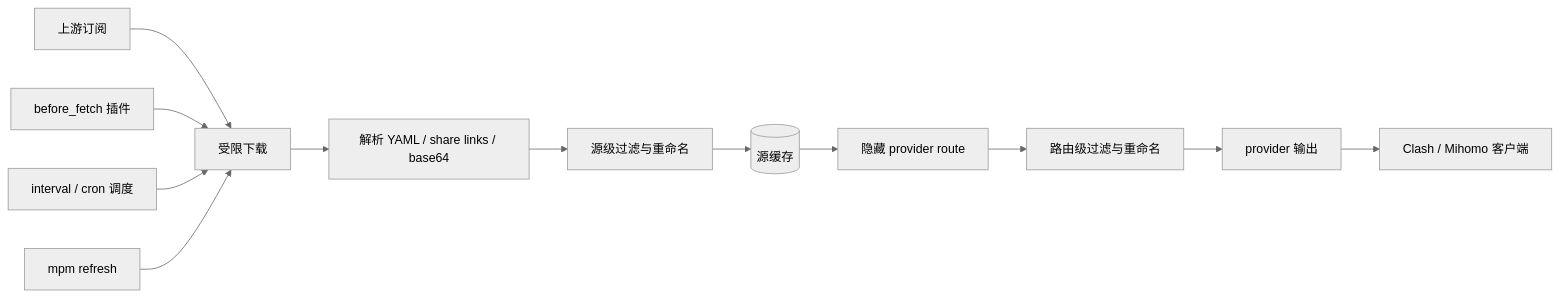
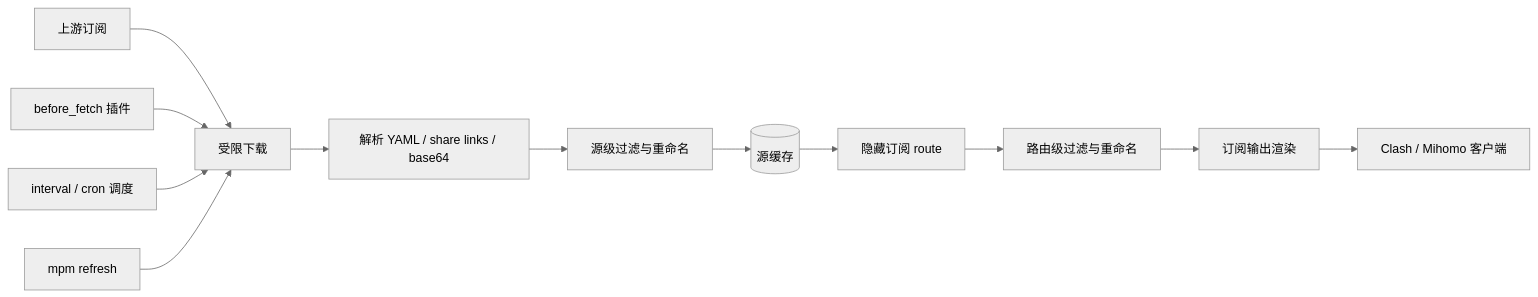
Before and after one commit to nerdneilsfield/mihomo-proxy-manager: the diagram in README.md, drawn with Mermaid (neutral theme). The commit also changed other lines of this file and 1 other file, not shown here.

Commit message:
docs(readme): generalize route output wording

````diff
--- a/README.md
+++ b/README.md
@@ -459,15 +459,15 @@
 ```mermaid
 flowchart LR
   upstream[上游订阅] --> fetcher[受限下载]
   plugin[before_fetch 插件] --> fetcher
   scheduler[interval / cron 调度] --> fetcher
   cli[mpm refresh] --> fetcher
 
   fetcher --> parser[解析 YAML / share links / base64]
   parser --> sourceTransform[源级过滤与重命名]
   sourceTransform --> cache[(源缓存)]
-  cache --> route[隐藏 provider route]
+  cache --> route[隐藏订阅 route]
   route --> routeTransform[路由级过滤与重命名]
-  routeTransform --> renderer[provider 输出]
+  routeTransform --> renderer[订阅输出渲染]
   renderer --> client[Clash / Mihomo 客户端]
 ```
````
